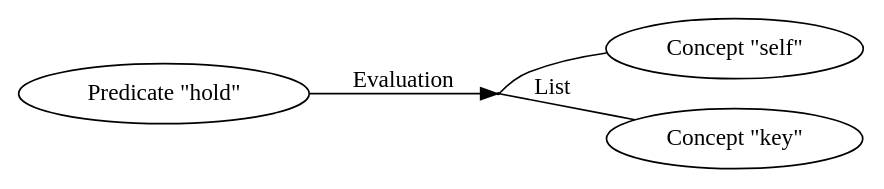
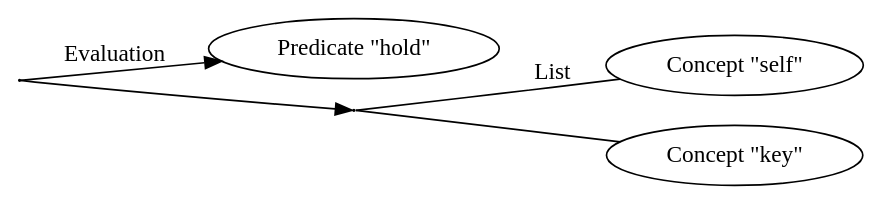
The diagram in examples/visualize_atoms/atoms.gv (edyirdaw/rocca), drawn with Graphviz before and after one commit. The commit also changed 1 other file, not shown here.

```diff
--- a/examples/visualize_atoms/atoms.gv
+++ b/examples/visualize_atoms/atoms.gv
@@ -1,19 +1,45 @@
     digraph G{
     rankdir="LR"
     edge [dir=forward]
     node [shape=oval] // plaintext
     //node [shape=oval color=lightblue2 style=filled] // plaintext
-    
+
+    0 [label="" fixedsize=true width=0 height=0]
+    0 -> 1 [label="Evaluation"]
+    0 -> 4 [label=""]
+    1 [label="Predicate \"hold\""]
+    2 [label="Concept \"self\""]
+    3 [label="Concept \"key\""]
+    4 [label="" fixedsize=true width=0 height=0 ]
+    4 -> 3 [label="" dir=none]
+    4 -> 2 [label="List" dir=none]
+    }
+
+    /*
+    0 [label="Predicate \"hold\""]
+    0 -> 1 [label="Evaluation" dir=none]
+    1 [label="" fixedsize=true width=0 height=0]
+    1 -> 5 [label=""]
+    2 [label="Concept \"self\""]
+    3 [label="Concept \"key\""]
+    5 [label="" fixedsize=true width=0 height=0 ]
+    5 -> 3 [label="List" dir=none]
+    5 -> 2 [label="" dir=none]
+    }
+    */
+
+    /*
     0 [label="Predicate \"hold\""]
     0 -> 5 [label="Evaluation"]
     // 1 [label="1"]
     2 [label="Concept \"self\""]
     // 2 -> 1 [label="advmod"]
     3 [label="Concept \"key\""]
     // 4 [label="4"]
     // 5 [label="5" width=0.00005 shape=circle ]
     5 [label="" fixedsize=true width=0.001 height=0.001 ]
     5 -> 3 [label="List" dir=none]
     5 -> 2 [label="" dir=none]
     // 5 -> 4 [label="nsubj"]
     }
+    */
```
